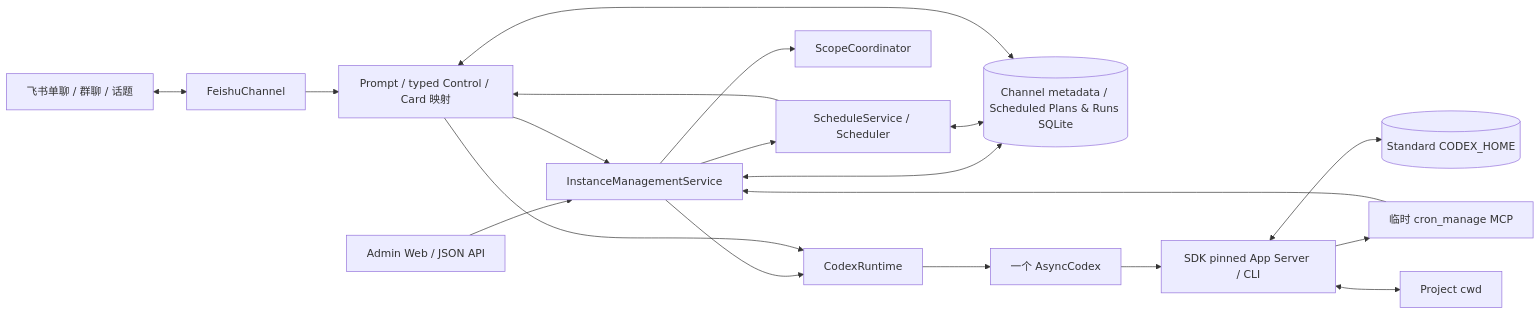
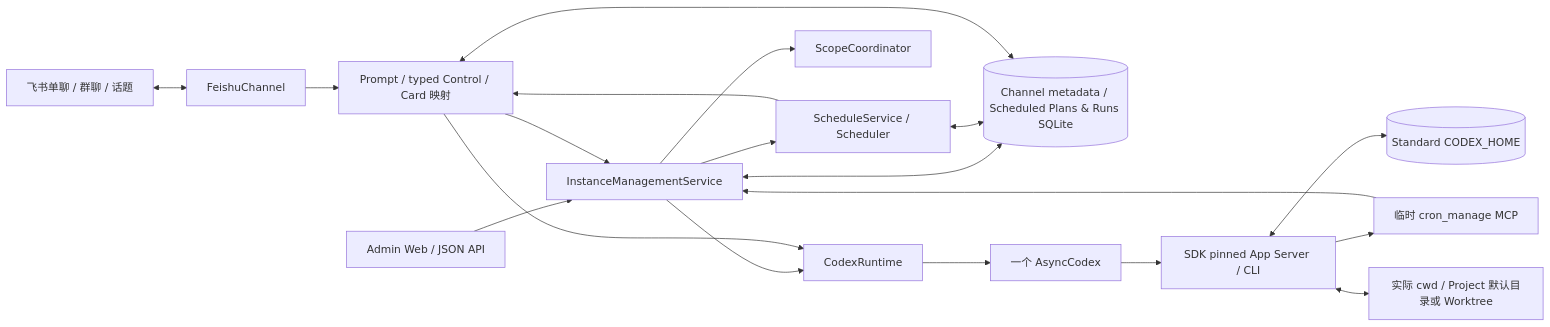
One commit to lijingda/netizen changed the diagram in docs/design.md. Above: the diagram before and after it, drawn with Mermaid. The commit also changed other lines of this file and 78 other files, not shown here.

````diff
--- a/docs/design.md
+++ b/docs/design.md
@@ -120,36 +165,36 @@
 ```mermaid
 flowchart LR
     Lark["飞书单聊 / 群聊 / 话题"]
     Admin["Admin Web / JSON API"]
     Channel["FeishuChannel"]
     UX["Prompt / typed Control / Card 映射"]
     Management["InstanceManagementService"]
     Schedules["ScheduleService / Scheduler"]
     MCP["临时 cron_manage MCP"]
     Coordinator["ScopeCoordinator"]
     DB[("Channel metadata / Scheduled Plans & Runs SQLite")]
     Runtime["CodexRuntime"]
     SDK["一个 AsyncCodex"]
     Backend["SDK pinned App Server / CLI"]
     Home[("Standard CODEX_HOME")]
-    Cwd["Project cwd"]
+    Cwd["实际 cwd / Project 默认目录或 Worktree"]
 
     Lark <--> Channel
     Channel --> UX
     Admin --> Management
     UX --> Management
     Management --> Coordinator
     Management <--> DB
     Management --> Runtime
     Management --> Schedules
     Schedules <--> DB
     Schedules --> UX
     UX <--> DB
     UX --> Runtime
     Runtime --> SDK
     SDK --> Backend
     Backend --> MCP
     MCP --> Management
     Backend <--> Home
     Backend <--> Cwd
 ```
````
